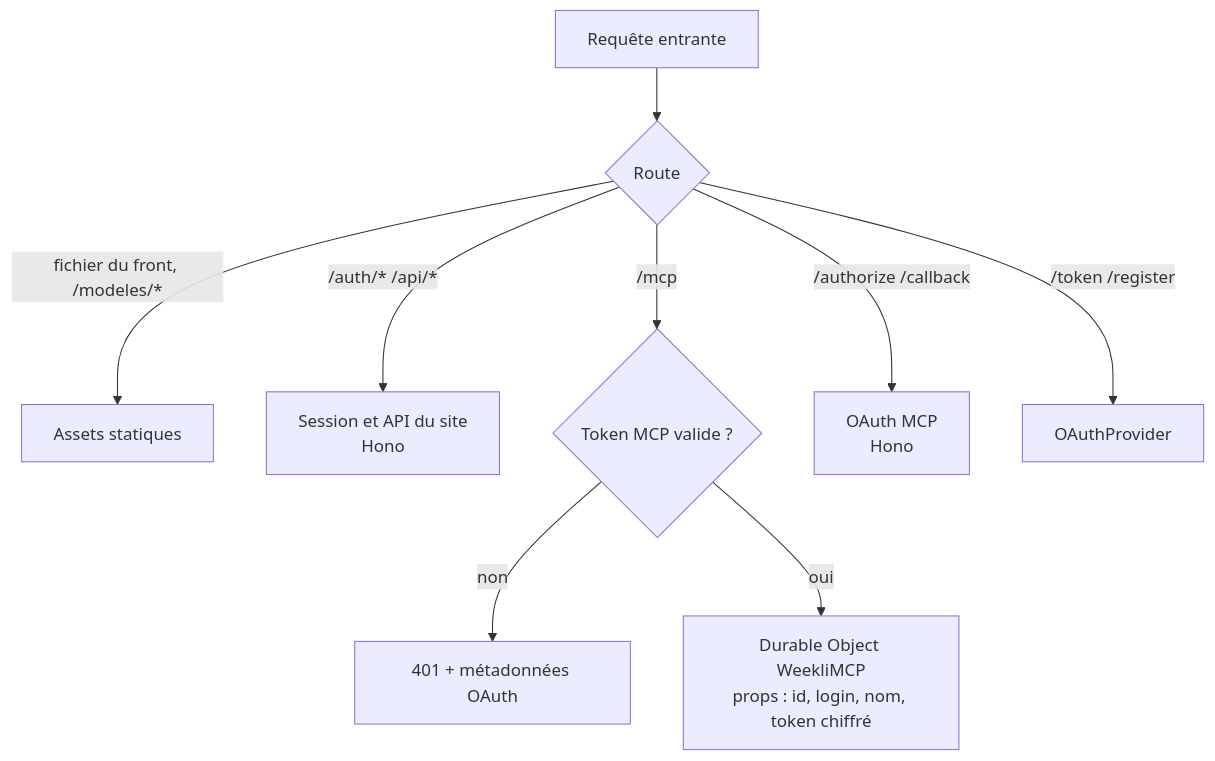
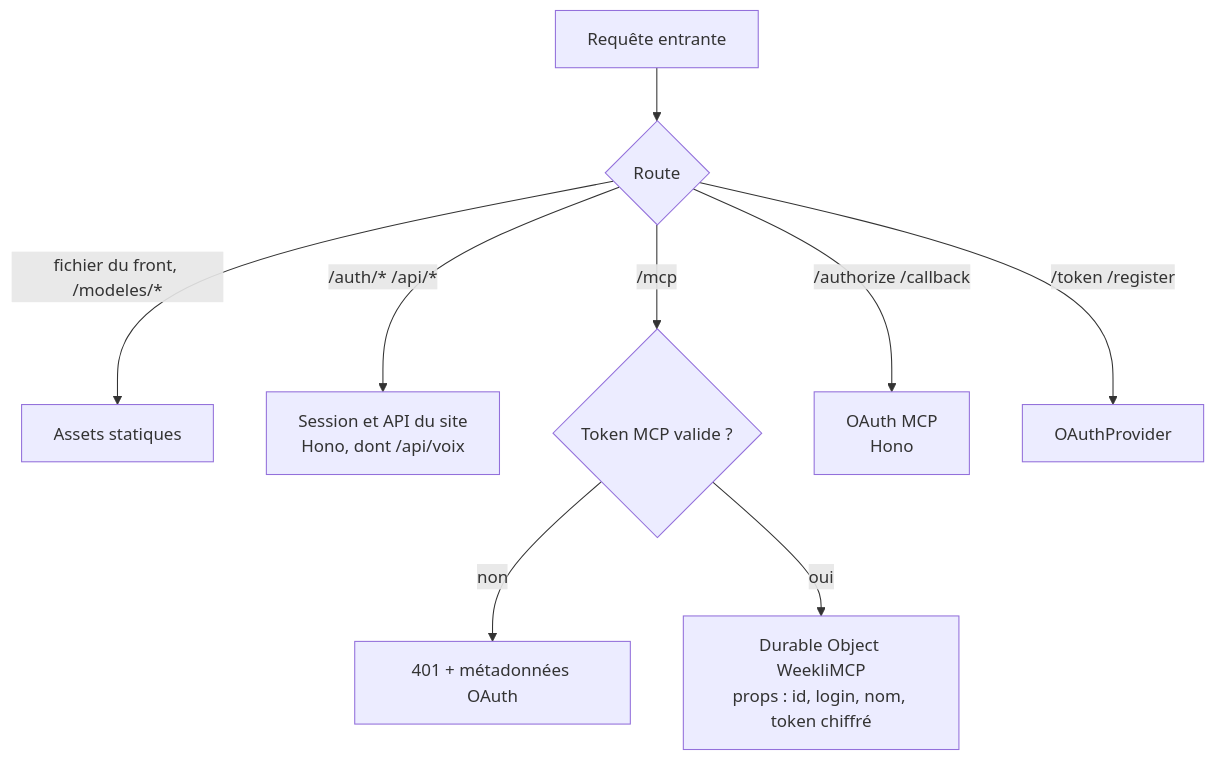
One commit to Souf-F/weekli changed the first of 8 diagrams in docs/architecture.md. Above: the diagram before and after it, drawn with Mermaid. The commit also changed other lines of this file and 13 other files, not shown here.

First line of the commit message:
docs: align readmes, roadmap, architecture and install guide with the code

````diff
--- a/docs/architecture.md
+++ b/docs/architecture.md
@@ -25,11 +26,11 @@
 ```mermaid
 flowchart TB
     R[Requête entrante] --> A{Route}
     A -- fichier du front, /modeles/* --> S[Assets statiques]
-    A -- /auth/* /api/* --> W[Session et API du site<br/>Hono]
+    A -- /auth/* /api/* --> W[Session et API du site<br/>Hono, dont /api/voix]
     A -- /mcp --> T{Token MCP valide ?}
     T -- non --> E[401 + métadonnées OAuth]
     T -- oui --> D[Durable Object WeekliMCP<br/>props : id, login, nom, token chiffré]
     A -- /authorize /callback --> H[OAuth MCP<br/>Hono]
     A -- /token /register --> P[OAuthProvider]
 ```
````
